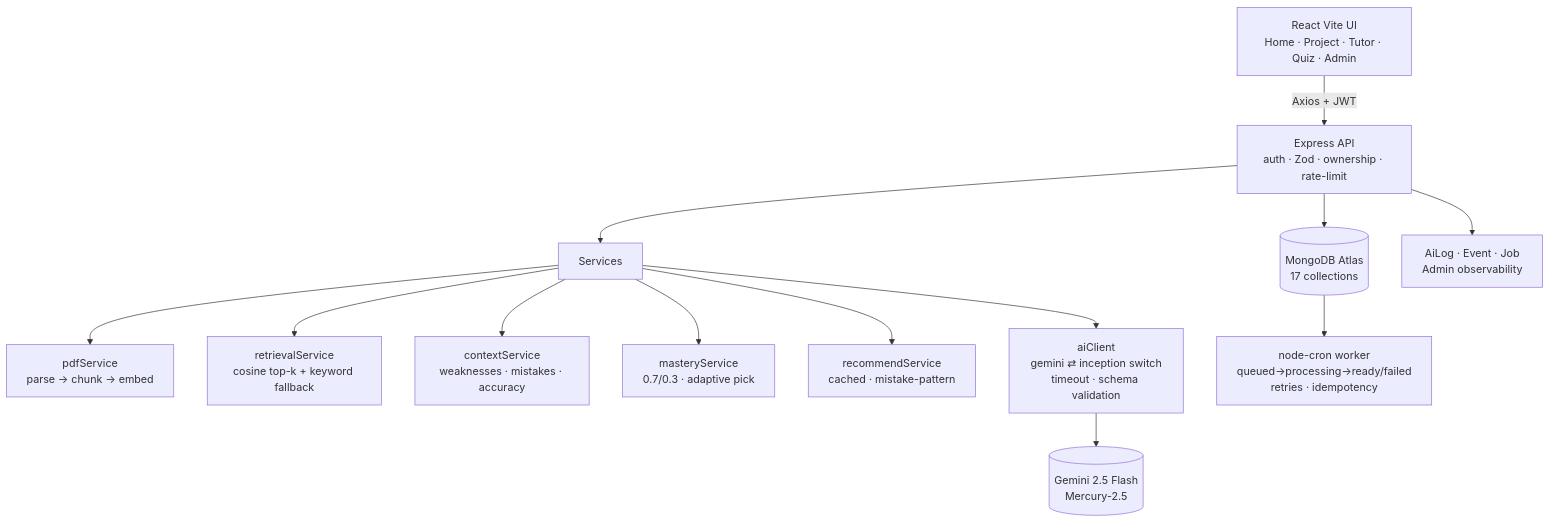
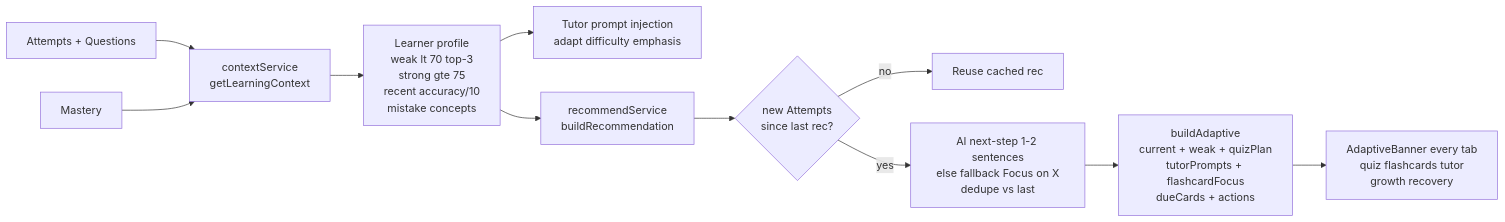
One commit to chappidiudaykiran/AI-Study-Companion changed diagram 14 of 17 in docs/ARCHITECTURE.md. Above: the diagram before and after it, drawn with Mermaid. The commit also changed other lines of this file and 13 other files, not shown here.

Commit message:
docs: refresh evaluation report, architecture, AI usage docs; ui: project/app pages and theme polish

````diff
--- a/docs/ARCHITECTURE.md
+++ b/docs/ARCHITECTURE.md
@@ -5,16 +303,13 @@
 ```mermaid
-flowchart TB
-    UI[React Vite UI<br/>Home · Project · Tutor · Quiz · Admin]
-    UI -->|Axios + JWT| API[Express API<br/>auth · Zod · ownership · rate-limit]
-    API --> SVC[Services]
-    SVC --> PDF[pdfService<br/>parse → chunk → embed]
-    SVC --> RAG[retrievalService<br/>cosine top-k + keyword fallback]
-    SVC --> CTX[contextService<br/>weaknesses · mistakes · accuracy]
-    SVC --> MST[masteryService<br/>0.7/0.3 · adaptive pick]
-    SVC --> REC[recommendService<br/>cached · mistake-pattern]
-    SVC --> AI[aiClient<br/>gemini ⇄ inception switch<br/>timeout · schema validation]
-    AI --> PROV[(Gemini 2.5 Flash<br/>Mercury-2.5)]
-    API --> MONGO[(MongoDB Atlas<br/>17 collections)]
-    MONGO --> WORKER[node-cron worker<br/>queued→processing→ready/failed<br/>retries · idempotency]
-    API --> OBS[AiLog · Event · Job<br/>Admin observability]
+flowchart LR
+    ATT[Attempts + Questions] --> CTXSVC[contextService<br/>getLearningContext]
+    MAS[Mastery] --> CTXSVC
+    CTXSVC --> PROF[Learner profile<br/>weak lt 70 top-3<br/>strong gte 75<br/>recent accuracy/10<br/>mistake concepts]
+    PROF --> TUTORP[Tutor prompt injection<br/>adapt difficulty emphasis]
+    PROF --> RECSVC[recommendService<br/>buildRecommendation]
+    RECSVC --> CACHE{new Attempts<br/>since last rec?}
+    CACHE -->|no| REUSE[Reuse cached rec]
+    CACHE -->|yes| GEN[AI next-step 1-2 sentences<br/>else fallback Focus on X<br/>dedupe vs last]
+    GEN --> ADAPT[buildAdaptive<br/>current + weak + quizPlan<br/>tutorPrompts + flashcardFocus<br/>dueCards + actions]
+    ADAPT --> BANNER[AdaptiveBanner every tab<br/>quiz flashcards tutor<br/>growth recovery]
 ```
````
